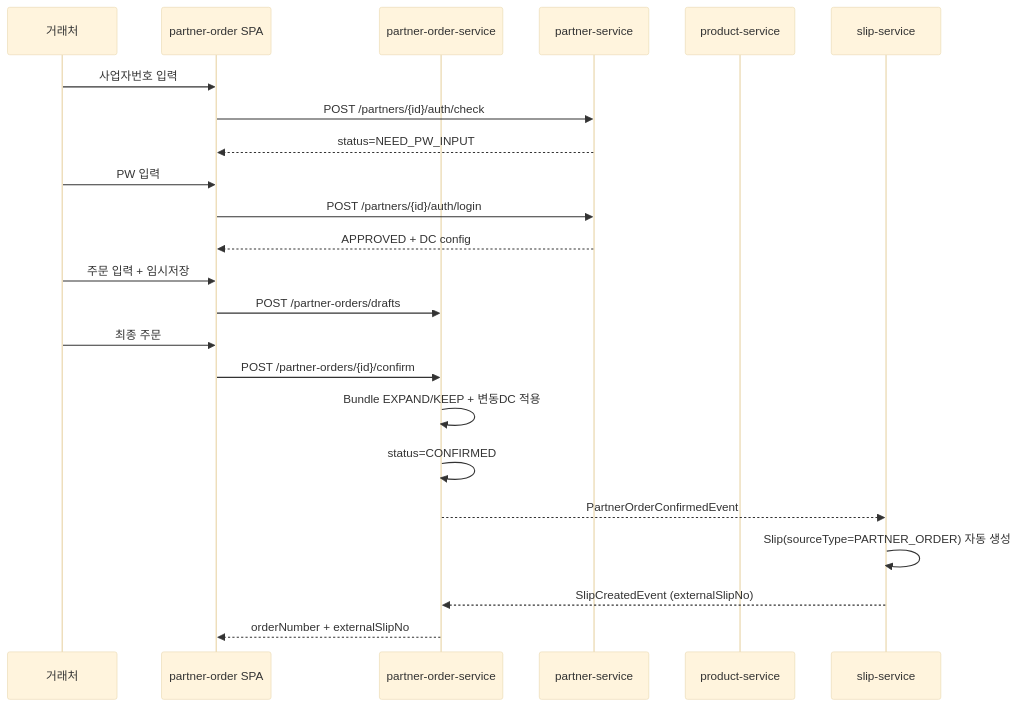
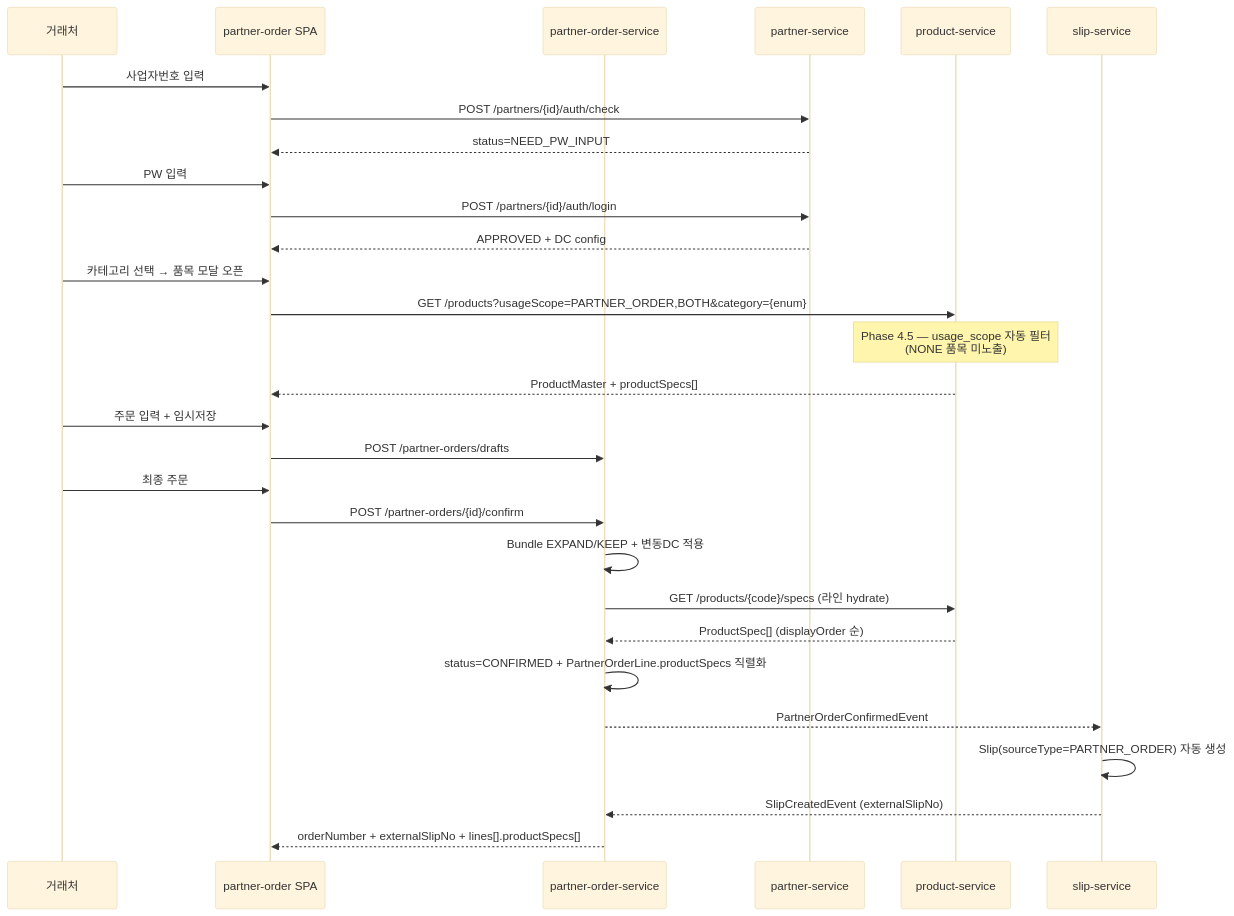
The second of 6 diagrams in migration/analysis/04-migration-plan.md (ewoo14/SamhanLogis), drawn with Mermaid (base theme) before and after one commit. The commit also changed other lines of this file, not shown here.

First line of the commit message:
docs(migration): Phase 4.5 — Plan 보강 (품목 노출 분류 + 동적 스펙 §3/§4 반영)

````diff
--- a/migration/analysis/04-migration-plan.md
+++ b/migration/analysis/04-migration-plan.md
@@ -778,26 +933,32 @@
 ```mermaid
 sequenceDiagram
     participant C as 거래처
     participant FE as partner-order SPA
     participant POS as partner-order-service
     participant PR as partner-service
     participant PS as product-service
     participant SS as slip-service
 
     C->>FE: 사업자번호 입력
     FE->>PR: POST /partners/{id}/auth/check
     PR-->>FE: status=NEED_PW_INPUT
     C->>FE: PW 입력
     FE->>PR: POST /partners/{id}/auth/login
     PR-->>FE: APPROVED + DC config
+    C->>FE: 카테고리 선택 → 품목 모달 오픈
+    FE->>PS: GET /products?usageScope=PARTNER_ORDER,BOTH&category={enum}
+    Note over PS: Phase 4.5 — usage_scope 자동 필터<br/>(NONE 품목 미노출)
+    PS-->>FE: ProductMaster + productSpecs[]
     C->>FE: 주문 입력 + 임시저장
     FE->>POS: POST /partner-orders/drafts
     C->>FE: 최종 주문
     FE->>POS: POST /partner-orders/{id}/confirm
     POS->>POS: Bundle EXPAND/KEEP + 변동DC 적용
-    POS->>POS: status=CONFIRMED
+    POS->>PS: GET /products/{code}/specs (라인 hydrate)
+    PS-->>POS: ProductSpec[] (displayOrder 순)
+    POS->>POS: status=CONFIRMED + PartnerOrderLine.productSpecs 직렬화
     POS-->>SS: PartnerOrderConfirmedEvent
     SS->>SS: Slip(sourceType=PARTNER_ORDER) 자동 생성
     SS-->>POS: SlipCreatedEvent (externalSlipNo)
-    POS-->>FE: orderNumber + externalSlipNo
+    POS-->>FE: orderNumber + externalSlipNo + lines[].productSpecs[]
 ```
````
